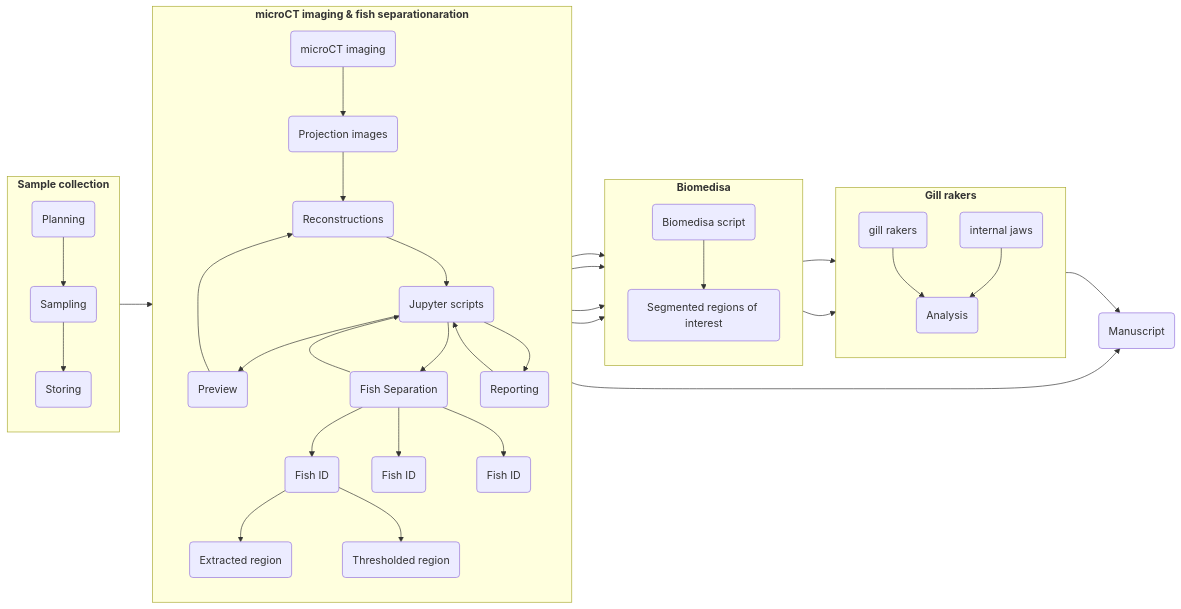
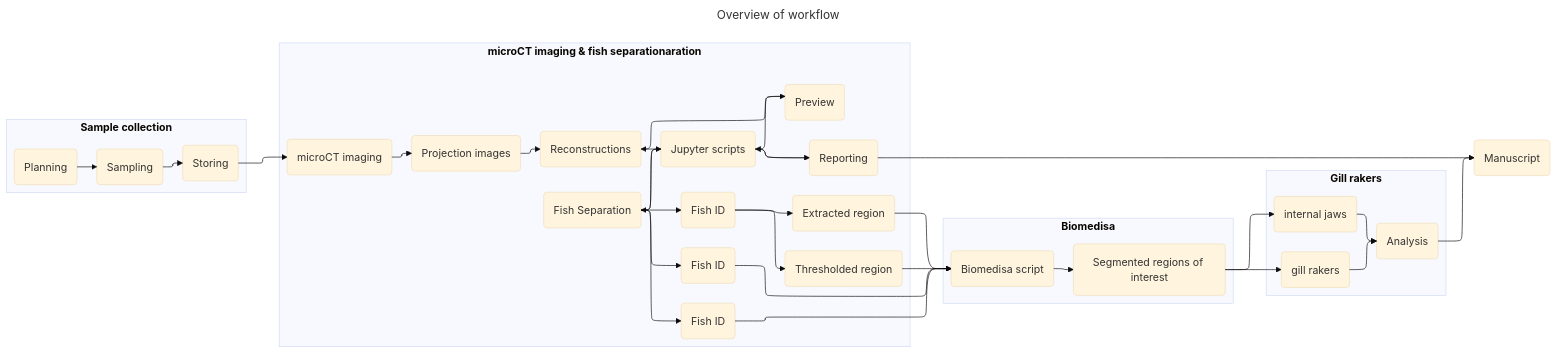
Before and after one commit to habi/sticklebacks-manuscript: the diagram in content/images/workflow.mmd, drawn with Mermaid.

```diff
--- a/content/images/workflow.mmd
+++ b/content/images/workflow.mmd
@@ -1,35 +1,44 @@
-graph LR
+---
+title: Overview of workflow
+config:
+  theme: base
+  layout: elk
+  elk:
+    mergeEdges: true
+    nodePlacementStrategy: LINEAR_SEGMENTS
+---
+flowchart LR
     subgraph Katie [<b>Sample collection</b>]
         direction TB
         k1(Planning) --> k2(Sampling)
         k2 --> k3(Storing)
     end
     k3 --> uct
     subgraph David [<b>microCT imaging & fish separationaration</b>]
         direction TB
         uct(microCT imaging) --> proj(Projection images)
         proj --> rec(Reconstructions)
         rec --> jupyter(Jupyter scripts)
         jupyter --> preview(Preview) --> rec
         jupyter --> separation(Fish Separation) --> jupyter
         jupyter --> reporting(Reporting) --> jupyter
         separation --> fish0(Fish ID) --> region(Extracted region)
         fish0 --> region_thresholded(Thresholded region)        
         separation --> fish1(Fish ID)
         separation --> fish2(Fish ID)
     end
     subgraph Ben [<b>Biomedisa</b>]
         direction TB
         region --> biomedisa(Biomedisa script)
         region_thresholded --> biomedisa
         fish1 --> biomedisa
         fish2 --> biomedisa
         biomedisa --> regions(Segmented regions of interest)
     end
     subgraph Sheila [<b>Gill rakers</b>]
         direction TB
         regions --> rakers(gill rakers) --> analysis
         regions --> jaws(internal jaws) --> analysis(Analysis)
     end
     reporting --> manubot(Manuscript)
     analysis --> manubot
```
